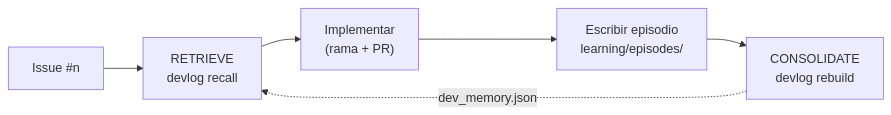
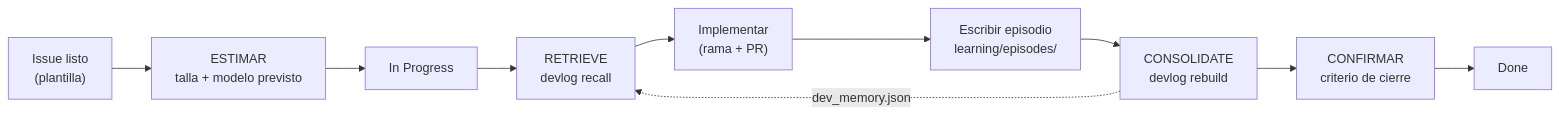
The diagram in learning/README.md (cherrera0001/Agents_Learning_Loops), drawn with Mermaid before and after one commit. The commit also changed other lines of this file and 16 other files, not shown here.

First line of the commit message:
docs(entorno): integrar ESTIMAR y CONFIRMAR al ciclo de la bitacora (#77)

````diff
--- a/learning/README.md
+++ b/learning/README.md
@@ -8,8 +8,12 @@
 ```mermaid
 flowchart LR
-    I["Issue #n"] --> R["RETRIEVE<br/>devlog recall"]
+    I["Issue listo<br/>(plantilla)"] --> S["ESTIMAR<br/>talla + modelo previsto"]
+    S --> P["In Progress"]
+    P --> R["RETRIEVE<br/>devlog recall"]
     R --> W["Implementar<br/>(rama + PR)"]
     W --> E["Escribir episodio<br/>learning/episodes/"]
     E --> B["CONSOLIDATE<br/>devlog rebuild"]
+    B --> C["CONFIRMAR<br/>criterio de cierre"]
+    C --> D["Done"]
     B -. "dev_memory.json" .-> R
 ```
````
